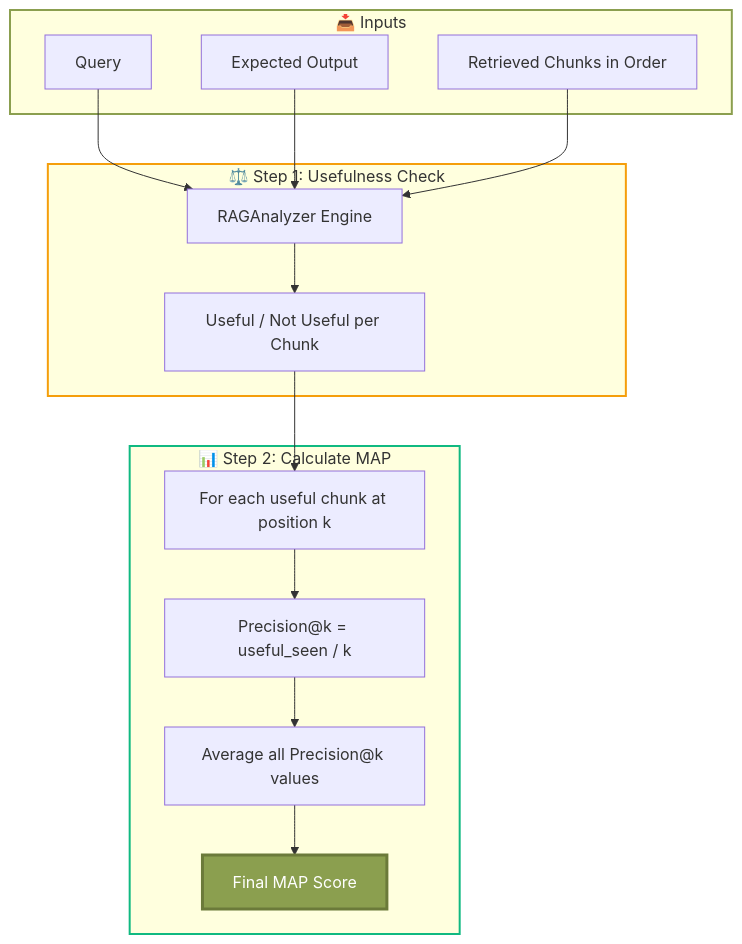
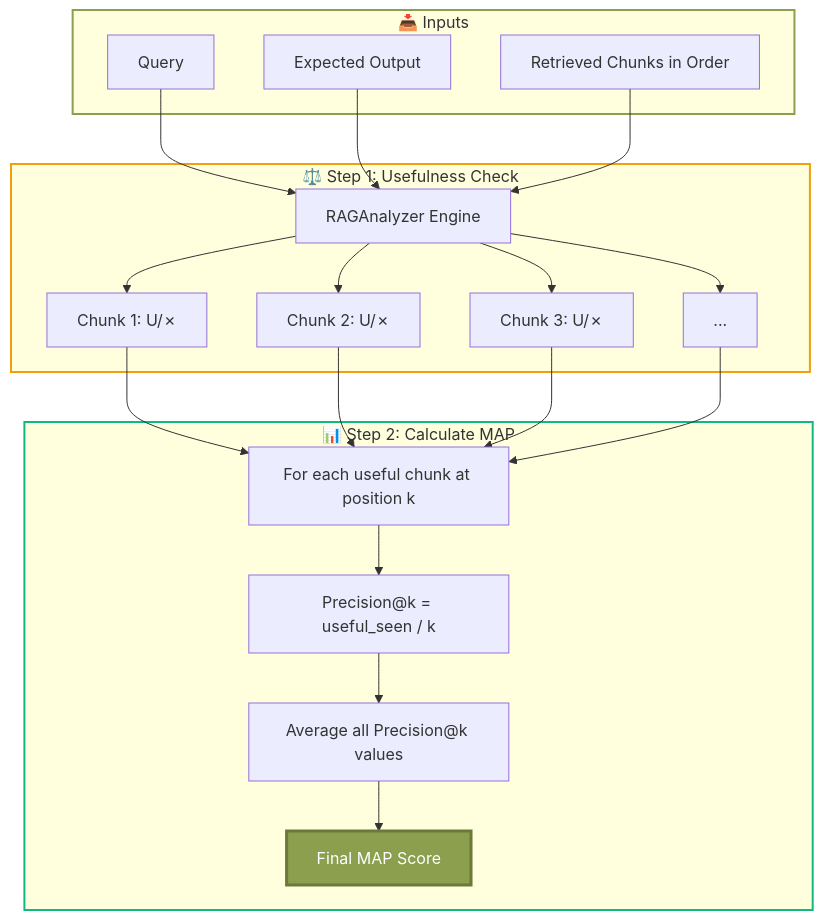
The diagram in docs/metric-registry/composite/contextual_precision.md (ax-foundry/axion), drawn with Mermaid before and after one commit. The commit also changed 21 other files, not shown here.

````diff
--- a/docs/metric-registry/composite/contextual_precision.md
+++ b/docs/metric-registry/composite/contextual_precision.md
@@ -92,32 +92,35 @@
     ```mermaid
     flowchart TD
         subgraph INPUT["📥 Inputs"]
             A[Query]
             B[Expected Output]
             C[Retrieved Chunks in Order]
         end
 
         subgraph EVALUATE["⚖️ Step 1: Usefulness Check"]
             D[RAGAnalyzer Engine]
-            E["Useful / Not Useful per Chunk"]
+            E1["Chunk 1: U/✗"]
+            E2["Chunk 2: U/✗"]
+            E3["Chunk 3: U/✗"]
+            EN["..."]
         end
 
         subgraph MAP["📊 Step 2: Calculate MAP"]
             F["For each useful chunk at position k"]
             G["Precision@k = useful_seen / k"]
             H["Average all Precision@k values"]
             I["Final MAP Score"]
         end
 
         A & B & C --> D
-        D --> E
-        E --> F
+        D --> E1 & E2 & E3 & EN
+        E1 & E2 & E3 & EN --> F
         F --> G
         G --> H
         H --> I
 
         style INPUT stroke:#8B9F4F,stroke-width:2px
         style EVALUATE stroke:#f59e0b,stroke-width:2px
         style MAP stroke:#10b981,stroke-width:2px
         style I fill:#8B9F4F,stroke:#6B7A3A,stroke-width:3px,color:#fff
     ```
````
